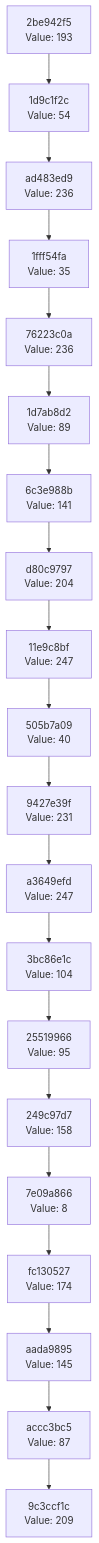
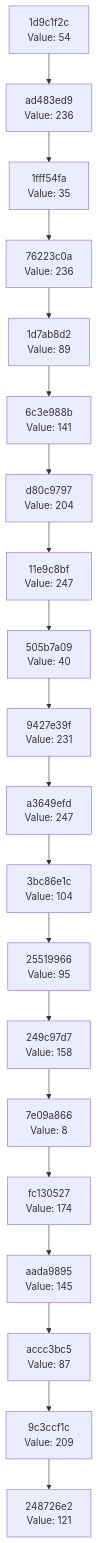
The diagram in docs/CHAIN_VISUALIZATION.md (Abhisheksinha1506/hash-chain-evolver), drawn with Mermaid before and after one commit. The commit also changed 1 other file, not shown here.

Commit message:
Evolution step: hash 0x79 → action executed

````diff
--- a/docs/CHAIN_VISUALIZATION.md
+++ b/docs/CHAIN_VISUALIZATION.md
@@ -3,42 +3,42 @@
 ```mermaid
 graph TD
-    C0["9c3ccf1c<br/>Value: 209"]
-    C1["accc3bc5<br/>Value: 87"]
+    C0["248726e2<br/>Value: 121"]
+    C1["9c3ccf1c<br/>Value: 209"]
     C1 --> C0
-    C2["aada9895<br/>Value: 145"]
+    C2["accc3bc5<br/>Value: 87"]
     C2 --> C1
-    C3["fc130527<br/>Value: 174"]
+    C3["aada9895<br/>Value: 145"]
     C3 --> C2
-    C4["7e09a866<br/>Value: 8"]
+    C4["fc130527<br/>Value: 174"]
     C4 --> C3
-    C5["249c97d7<br/>Value: 158"]
+    C5["7e09a866<br/>Value: 8"]
     C5 --> C4
-    C6["25519966<br/>Value: 95"]
+    C6["249c97d7<br/>Value: 158"]
     C6 --> C5
-    C7["3bc86e1c<br/>Value: 104"]
+    C7["25519966<br/>Value: 95"]
     C7 --> C6
-    C8["a3649efd<br/>Value: 247"]
+    C8["3bc86e1c<br/>Value: 104"]
     C8 --> C7
-    C9["9427e39f<br/>Value: 231"]
+    C9["a3649efd<br/>Value: 247"]
     C9 --> C8
-    C10["505b7a09<br/>Value: 40"]
+    C10["9427e39f<br/>Value: 231"]
     C10 --> C9
-    C11["11e9c8bf<br/>Value: 247"]
+    C11["505b7a09<br/>Value: 40"]
     C11 --> C10
-    C12["d80c9797<br/>Value: 204"]
+    C12["11e9c8bf<br/>Value: 247"]
     C12 --> C11
-    C13["6c3e988b<br/>Value: 141"]
+    C13["d80c9797<br/>Value: 204"]
     C13 --> C12
-    C14["1d7ab8d2<br/>Value: 89"]
+    C14["6c3e988b<br/>Value: 141"]
     C14 --> C13
-    C15["76223c0a<br/>Value: 236"]
+    C15["1d7ab8d2<br/>Value: 89"]
     C15 --> C14
-    C16["1fff54fa<br/>Value: 35"]
+    C16["76223c0a<br/>Value: 236"]
     C16 --> C15
-    C17["ad483ed9<br/>Value: 236"]
+    C17["1fff54fa<br/>Value: 35"]
     C17 --> C16
-    C18["1d9c1f2c<br/>Value: 54"]
+    C18["ad483ed9<br/>Value: 236"]
     C18 --> C17
-    C19["2be942f5<br/>Value: 193"]
+    C19["1d9c1f2c<br/>Value: 54"]
     C19 --> C18
 ```
````
